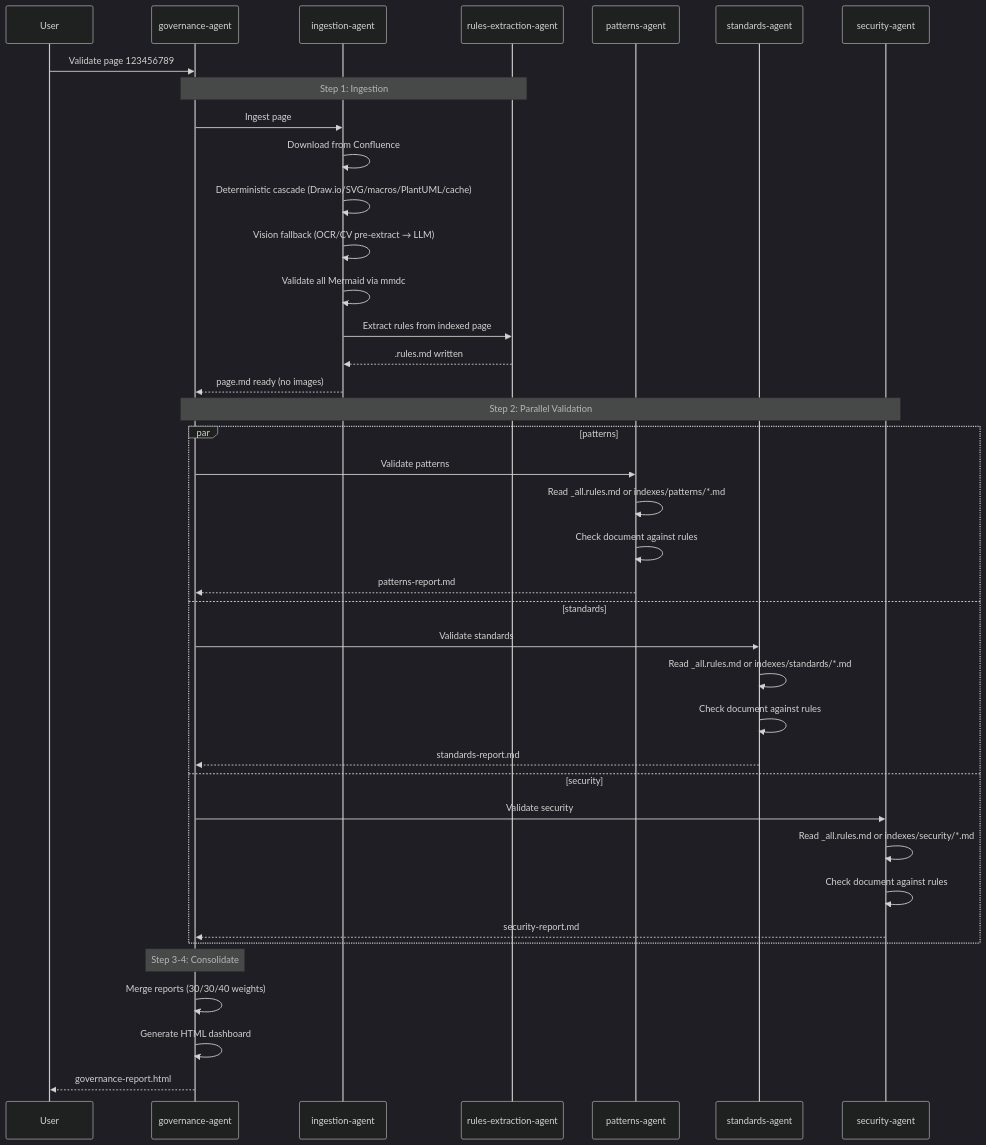
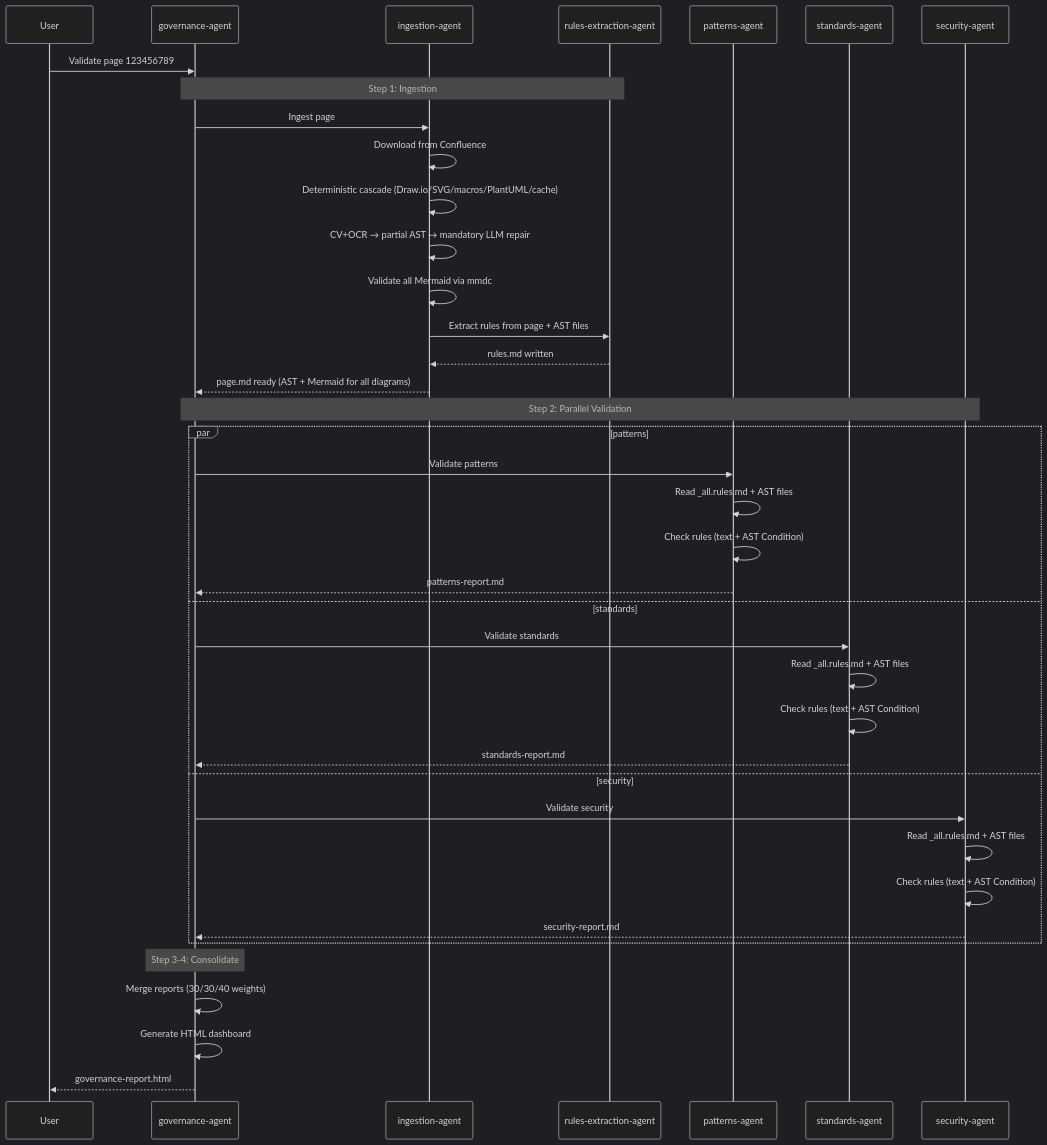
One commit to byrash/architecture-governance changed the third of 4 diagrams in README.md. Above: the diagram before and after it, drawn with Mermaid (dark theme). The commit also changed other lines of this file and 23 other files, not shown here.

````diff
--- a/README.md
+++ b/README.md
@@ -296,45 +297,45 @@
 ```mermaid
 sequenceDiagram
     participant User
     participant GA as governance-agent
     participant IA as ingestion-agent
     participant REA as rules-extraction-agent
     participant PA as patterns-agent
     participant SA as standards-agent
     participant SEA as security-agent
 
     User->>GA: Validate page 123456789
     
     Note over GA,REA: Step 1: Ingestion
     GA->>IA: Ingest page
     IA->>IA: Download from Confluence
     IA->>IA: Deterministic cascade (Draw.io/SVG/macros/PlantUML/cache)
-    IA->>IA: Vision fallback (OCR/CV pre-extract → LLM)
+    IA->>IA: CV+OCR → partial AST → mandatory LLM repair
     IA->>IA: Validate all Mermaid via mmdc
-    IA->>REA: Extract rules from indexed page
-    REA-->>IA: .rules.md written
-    IA-->>GA: page.md ready (no images)
+    IA->>REA: Extract rules from page + AST files
+    REA-->>IA: rules.md written
+    IA-->>GA: page.md ready (AST + Mermaid for all diagrams)
 
     Note over GA,SEA: Step 2: Parallel Validation
     par patterns
         GA->>PA: Validate patterns
-        PA->>PA: Read _all.rules.md or indexes/patterns/*.md
-        PA->>PA: Check document against rules
+        PA->>PA: Read _all.rules.md + AST files
+        PA->>PA: Check rules (text + AST Condition)
         PA-->>GA: patterns-report.md
     and standards
         GA->>SA: Validate standards
-        SA->>SA: Read _all.rules.md or indexes/standards/*.md
-        SA->>SA: Check document against rules
+        SA->>SA: Read _all.rules.md + AST files
+        SA->>SA: Check rules (text + AST Condition)
         SA-->>GA: standards-report.md
     and security
         GA->>SEA: Validate security
-        SEA->>SEA: Read _all.rules.md or indexes/security/*.md
-        SEA->>SEA: Check document against rules
+        SEA->>SEA: Read _all.rules.md + AST files
+        SEA->>SEA: Check rules (text + AST Condition)
         SEA-->>GA: security-report.md
     end
 
     Note over GA: Step 3-4: Consolidate
     GA->>GA: Merge reports (30/30/40 weights)
     GA->>GA: Generate HTML dashboard
     GA-->>User: governance-report.html
 ```
````
